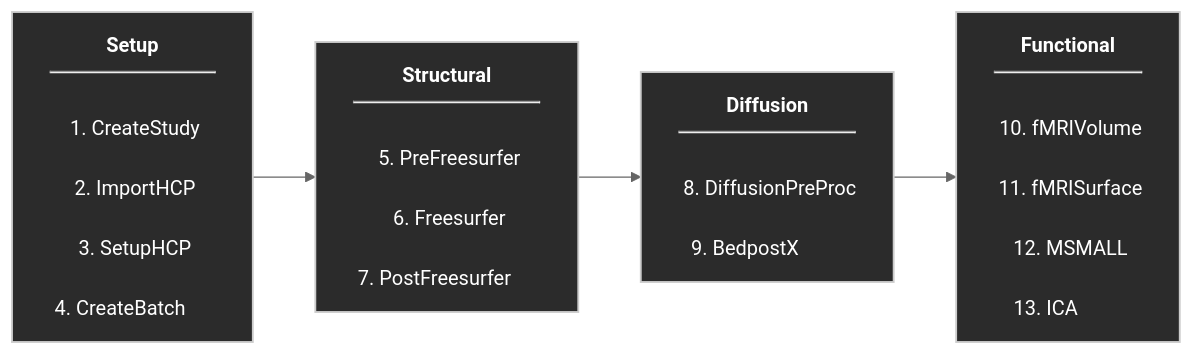
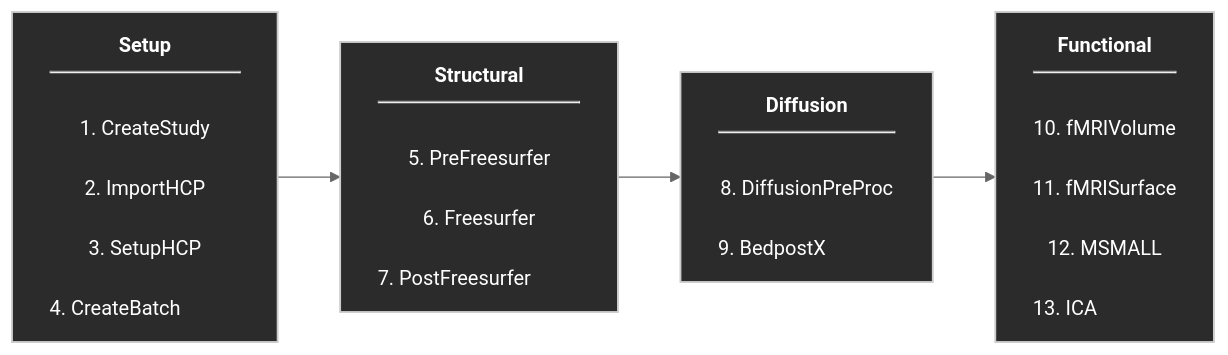
The diagram in README.md (SPMIC-UoN/QuNex_Processing_Pipeline), drawn with Mermaid (neutral theme) before and after one commit. The commit also changed other lines of this file, not shown here.

````diff
--- a/README.md
+++ b/README.md
@@ -38,35 +38,34 @@
 ```mermaid
 flowchart LR
 
 %% ---------- Styling ----------
 classDef stage fill:#2b2b2b,stroke:#cccccc,stroke-width:1.5px,color:#ffffff;
 
-%% ---------- Helper: pad labels to equal width ----------
-%% (Non-breaking spaces force a minimum box width on GitHub.)
-Setup["&nbsp;&nbsp;&nbsp;&nbsp;&nbsp;<b>Setup</b>&nbsp;&nbsp;&nbsp;&nbsp;&nbsp;<hr/>
-&nbsp;1. CreateStudy<br/>
-&nbsp;2. ImportHCP<br/>
-&nbsp;3. SetupHCP<br/>
-&nbsp;4. CreateBatch&nbsp;&nbsp;&nbsp;&nbsp;&nbsp;&nbsp;"]
+%% ---------- Pipeline Stages (pad on RIGHT only) ----------
+Setup["<b>Setup</b><hr/>
+1. CreateStudy<br/>
+2. ImportHCP<br/>
+3. SetupHCP<br/>
+4. CreateBatch&nbsp;&nbsp;&nbsp;&nbsp;&nbsp;&nbsp;&nbsp;&nbsp;&nbsp;&nbsp;&nbsp;&nbsp;"]
 
-Structural["&nbsp;&nbsp;&nbsp;<b>Structural</b>&nbsp;&nbsp;&nbsp;<hr/>
-&nbsp;5. PreFreesurfer<br/>
-&nbsp;6. Freesurfer<br/>
-&nbsp;7. PostFreesurfer&nbsp;&nbsp;&nbsp;&nbsp;&nbsp;&nbsp;"]
+Structural["<b>Structural</b><hr/>
+5. PreFreesurfer<br/>
+6. Freesurfer<br/>
+7. PostFreesurfer&nbsp;&nbsp;&nbsp;&nbsp;&nbsp;&nbsp;&nbsp;&nbsp;&nbsp;&nbsp;"]
 
-Diffusion["&nbsp;&nbsp;&nbsp;<b>Diffusion</b>&nbsp;&nbsp;&nbsp;<hr/>
-&nbsp;8. DiffusionPreProc<br/>
-&nbsp;9. BedpostX&nbsp;&nbsp;&nbsp;&nbsp;&nbsp;&nbsp;&nbsp;&nbsp;&nbsp;&nbsp;"]
+Diffusion["<b>Diffusion</b><hr/>
+8. DiffusionPreProc<br/>
+9. BedpostX&nbsp;&nbsp;&nbsp;&nbsp;&nbsp;&nbsp;&nbsp;&nbsp;&nbsp;&nbsp;&nbsp;&nbsp;&nbsp;&nbsp;"]
 
-Functional["&nbsp;&nbsp;<b>Functional</b>&nbsp;&nbsp;<hr/>
-&nbsp;10. fMRIVolume<br/>
-&nbsp;11. fMRISurface<br/>
-&nbsp;12. MSMALL<br/>
-&nbsp;13. ICA&nbsp;&nbsp;&nbsp;&nbsp;&nbsp;&nbsp;&nbsp;&nbsp;&nbsp;&nbsp;"]
+Functional["<b>Functional</b><hr/>
+10. fMRIVolume<br/>
+11. fMRISurface<br/>
+12. MSMALL<br/>
+13. ICA&nbsp;&nbsp;&nbsp;&nbsp;&nbsp;&nbsp;&nbsp;&nbsp;&nbsp;&nbsp;&nbsp;&nbsp;&nbsp;&nbsp;&nbsp;&nbsp;"]
 
 %% ---------- Connections ----------
 Setup --> Structural --> Diffusion --> Functional
 
 %% ---------- Apply Style ----------
 class Setup,Structural,Diffusion,Functional stage;
 ```
````
